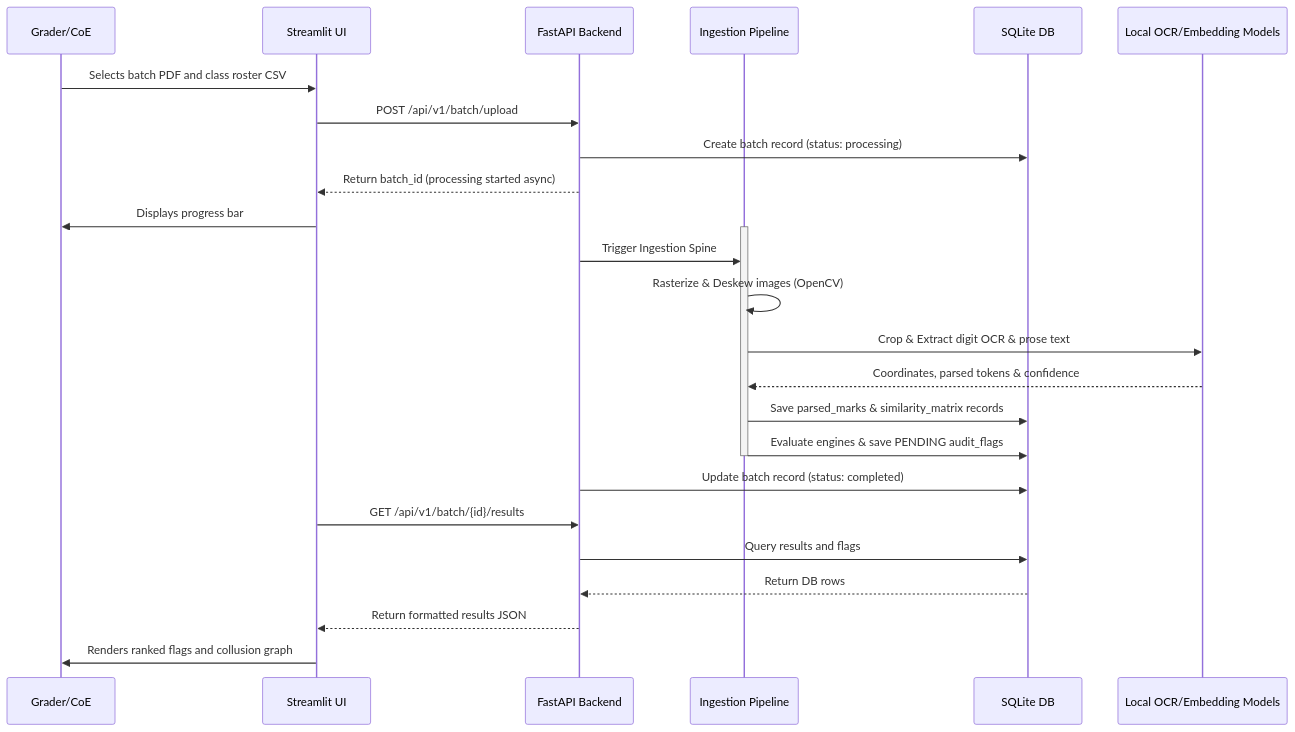
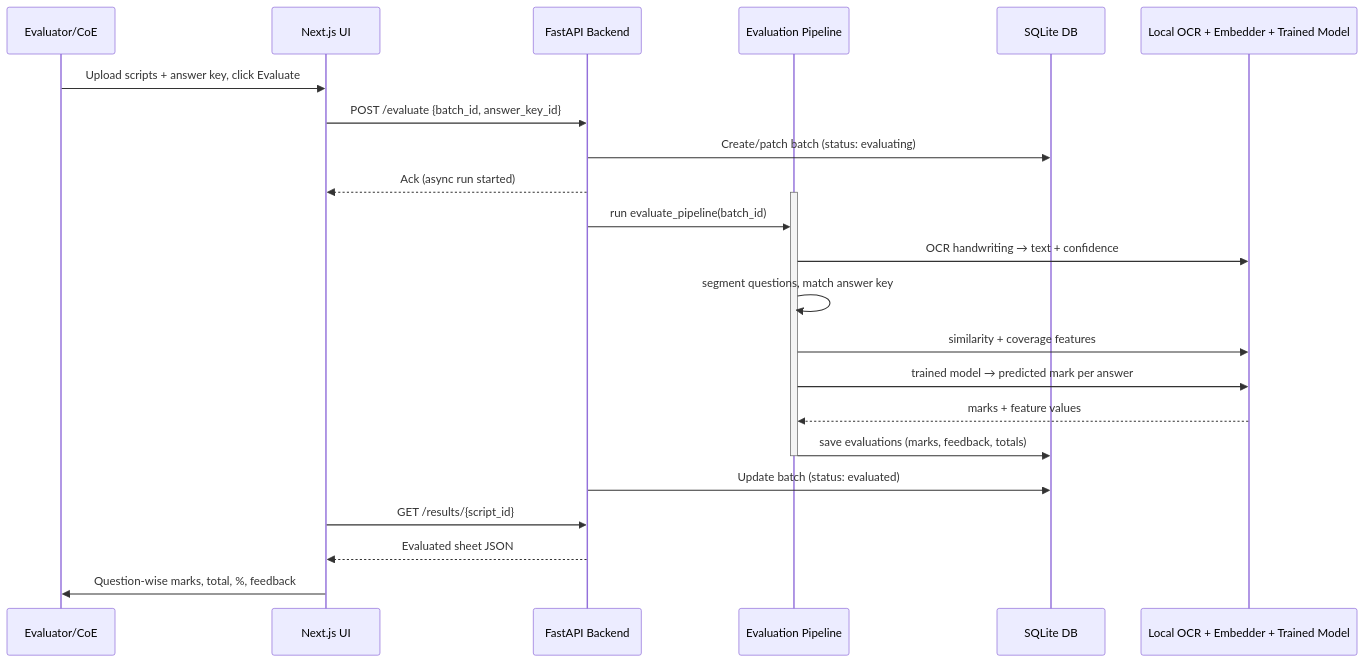
The diagram in docs/SYSTEM_DESIGN.md (aishwaryaV007/E-Shield), drawn with Mermaid before and after one commit. The commit also changed other lines of this file and 134 other files, not shown here.

````diff
--- a/docs/SYSTEM_DESIGN.md
+++ b/docs/SYSTEM_DESIGN.md
@@ -12,32 +10,27 @@
 ```mermaid
 sequenceDiagram
-    participant User as Grader/CoE
-    participant UI as Streamlit UI
+    participant User as Evaluator/CoE
+    participant UI as Next.js UI
     participant API as FastAPI Backend
-    participant Pipe as Ingestion Pipeline
+    participant Pipe as Evaluation Pipeline
     participant DB as SQLite DB
-    participant LocalAI as Local OCR/Embedding Models
+    participant AI as Local OCR + Embedder + Trained Model
 
-    User->>UI: Selects batch PDF and class roster CSV
-    UI->>API: POST /api/v1/batch/upload
-    API->>DB: Create batch record (status: processing)
-    API-->>UI: Return batch_id (processing started async)
-    UI->>User: Displays progress bar
-    
+    User->>UI: Upload scripts + answer key, click Evaluate
+    UI->>API: POST /evaluate {batch_id, answer_key_id}
+    API->>DB: Create/patch batch (status: evaluating)
+    API-->>UI: Ack (async run started)
     activate Pipe
-    API->>Pipe: Trigger Ingestion Spine
-    Pipe->>Pipe: Rasterize & Deskew images (OpenCV)
-    Pipe->>LocalAI: Crop & Extract digit OCR & prose text
-    LocalAI-->>Pipe: Coordinates, parsed tokens & confidence
-    
-    Pipe->>DB: Save parsed_marks & similarity_matrix records
-    Pipe->>DB: Evaluate engines & save PENDING audit_flags
+    API->>Pipe: run evaluate_pipeline(batch_id)
+    Pipe->>AI: OCR handwriting → text + confidence
+    Pipe->>Pipe: segment questions, match answer key
+    Pipe->>AI: similarity + coverage features
+    Pipe->>AI: trained model → predicted mark per answer
+    AI-->>Pipe: marks + feature values
+    Pipe->>DB: save evaluations (marks, feedback, totals)
     deactivate Pipe
-    
-    API->>DB: Update batch record (status: completed)
-    UI->>API: GET /api/v1/batch/{id}/results
-    API->>DB: Query results and flags
-    DB-->>API: Return DB rows
-    API-->>UI: Return formatted results JSON
-    UI->>User: Renders ranked flags and collusion graph
+    API->>DB: Update batch (status: evaluated)
+    UI->>API: GET /results/{script_id}
+    API-->>UI: Evaluated sheet JSON
+    UI->>User: Question-wise marks, total, %, feedback
 ```
````
